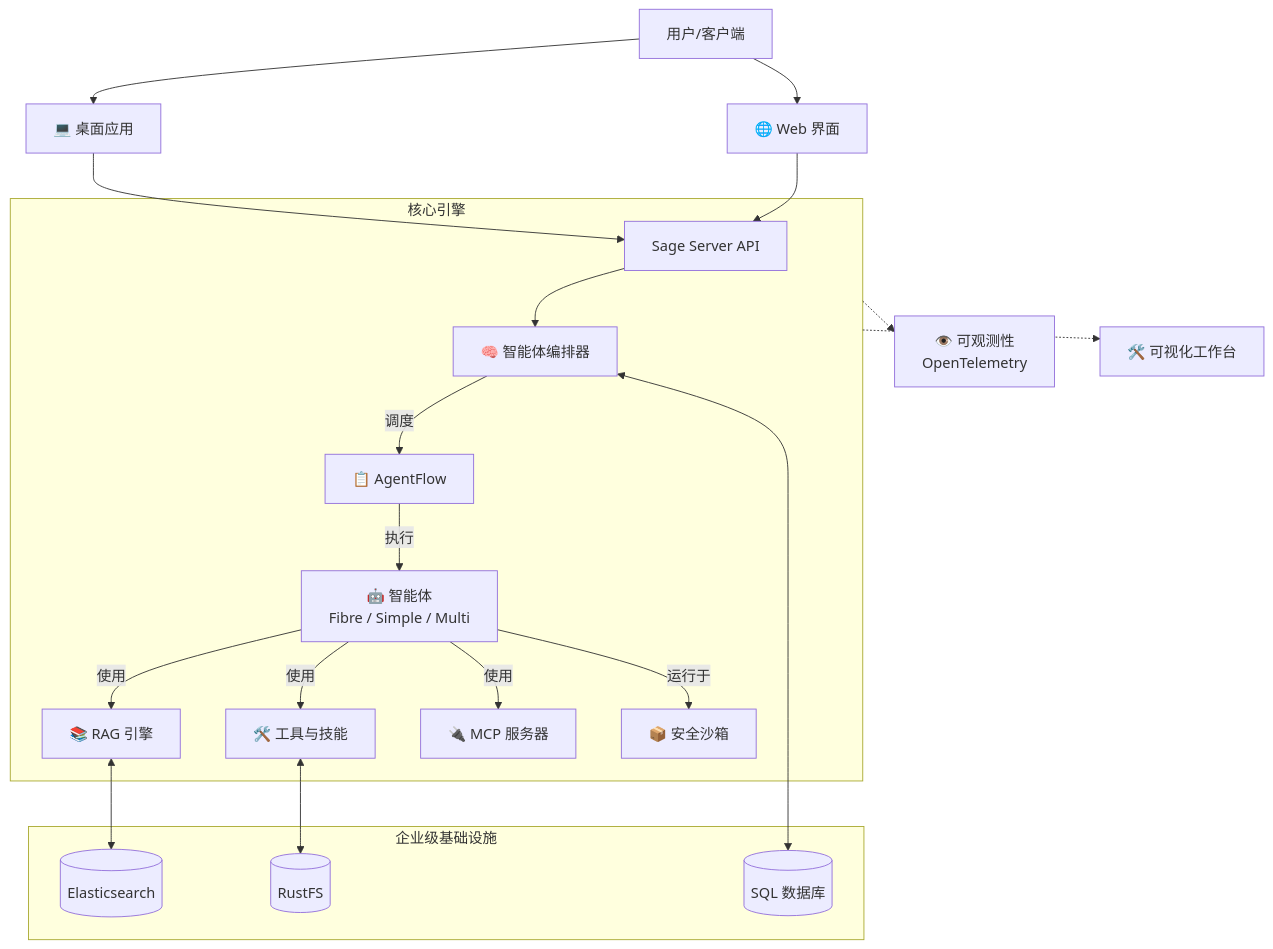
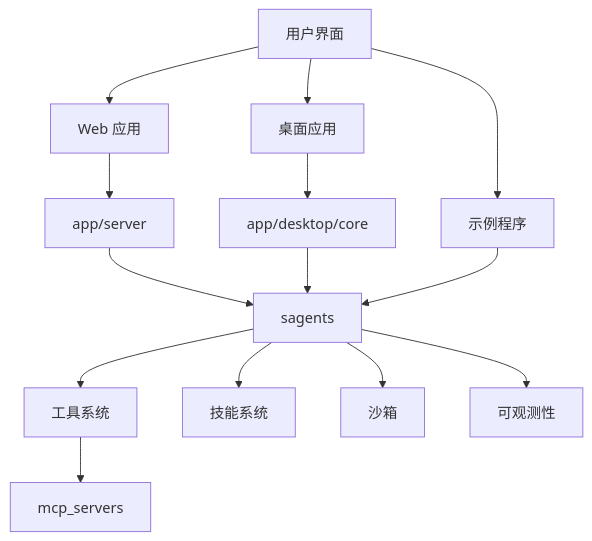
One commit to ZHangZHengEric/Sage changed the diagram in README_CN.md. Above: the diagram before and after it, drawn with Mermaid. The commit also changed other lines of this file and 34 other files, not shown here.

First line of the commit message:
docs: rebuild docs information architecture

````diff
--- a/README_CN.md
+++ b/README_CN.md
@@ -149,26 +145,16 @@
 ```mermaid
-graph TD
-    User[用户/客户端] --> Desktop[💻 桌面应用]
-    User --> Web[🌐 Web 界面]
-    Desktop --> API[Sage Server API]
-    Web --> API
-    
-    subgraph Core[核心引擎]
-        API --> Orch[🧠 智能体编排器]
-        Orch -- "调度" --> Flow[📋 AgentFlow]
-        Flow -- "执行" --> Agents["🤖 智能体<br/>Fibre / Simple / Multi"]
-        Agents -- "使用" --> RAG[📚 RAG 引擎]
-        Agents -- "使用" --> Tools[🛠️ 工具与技能]
-        Agents -- "使用" --> MCP[🔌 MCP 服务器]
-        Agents -- "运行于" --> Box[📦 安全沙箱]
-    end
-
-    subgraph Infra[企业级基础设施]
-        RAG <--> ES[(Elasticsearch)]
-        Tools <--> RustFS[(RustFS)]
-        Orch <--> DB[(SQL 数据库)]
-    end
-    
-    Core -.-> Obs["👁️ 可观测性<br/>OpenTelemetry"]
-    Core -.-> Workbench["🛠️ 可视化工作台"]
+flowchart TD
+    User[用户界面] --> Web[Web 应用]
+    User --> Desktop[桌面应用]
+    User --> Examples[示例程序]
+    Web --> Server[app/server]
+    Desktop --> DesktopCore[app/desktop/core]
+    Server --> Runtime[sagents]
+    DesktopCore --> Runtime
+    Examples --> Runtime
+    Runtime --> Tools[工具系统]
+    Runtime --> Skills[技能系统]
+    Runtime --> Sandbox[沙箱]
+    Runtime --> Obs[可观测性]
+    Tools --> MCP[mcp_servers]
 ```
````
